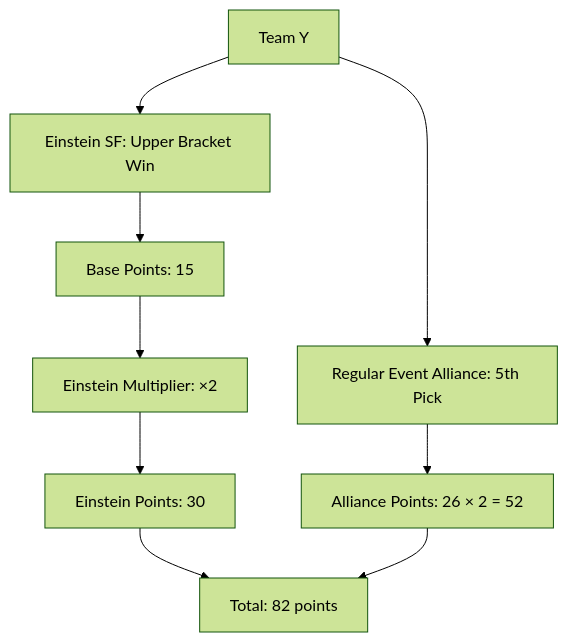
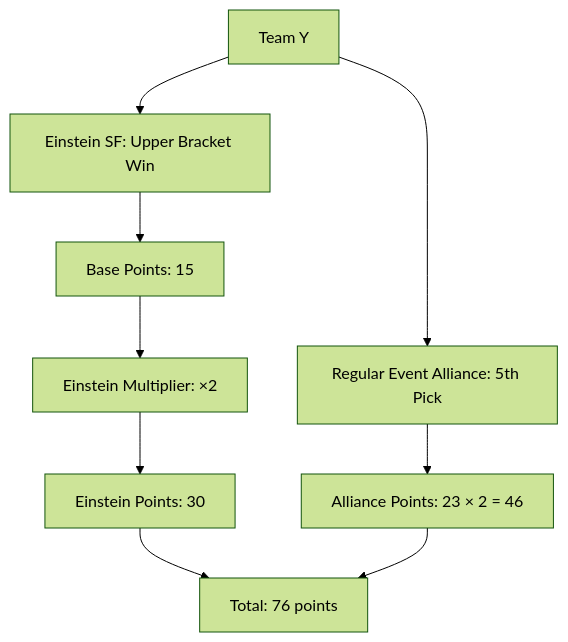
One commit to squirlemaster42/fantasy-frc-web changed the seventh of 9 diagrams in docs/business-logic/scoring-visual.md. Above: the diagram before and after it, drawn with Mermaid (forest theme). The commit also changed other lines of this file and 28 other files, not shown here.

````diff
--- a/docs/business-logic/scoring-visual.md
+++ b/docs/business-logic/scoring-visual.md
@@ -151,13 +153,13 @@
 ```mermaid
 graph TD
     A[Team Y] --> B[Einstein SF: Upper Bracket Win]
     B --> C[Base Points: 15]
     C --> D[Einstein Multiplier: ×2]
     D --> E[Einstein Points: 30]
     
     A --> F[Regular Event Alliance: 5th Pick]
-    F --> G[Alliance Points: 26 × 2 = 52]
-    
-    E --> H[Total: 82 points]
+    F --> G[Alliance Points: 23 × 2 = 46]
+
+    E --> H[Total: 76 points]
     G --> H
 ```
````
